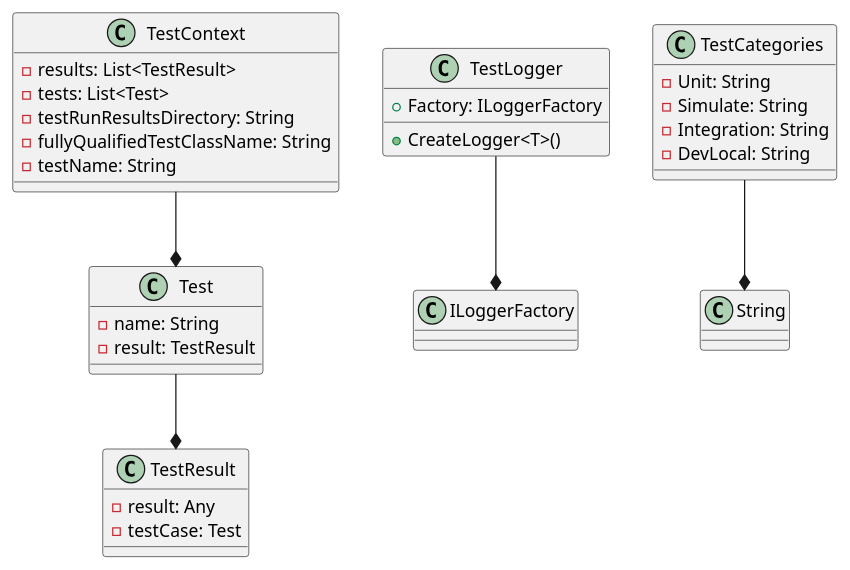
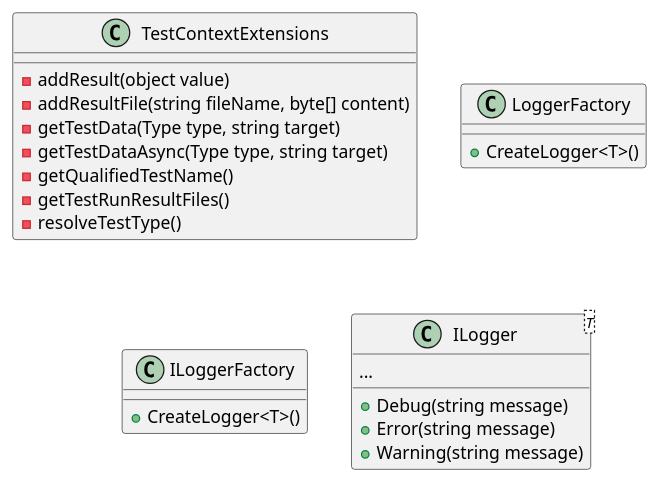
One commit to mwwhited-forks/dotnet-libs changed the first of 3 diagrams in docs/generated/Framework/Eliassen.TestUtilities/Documentation.md. Above: the diagram before and after it, drawn with PlantUML. The commit also changed other lines of this file and 444 other files, not shown here.

````diff
--- a/docs/generated/Framework/Eliassen.TestUtilities/Documentation.md
+++ b/docs/generated/Framework/Eliassen.TestUtilities/Documentation.md
@@ -50,38 +35,29 @@
 ```plantuml
 @startuml
-class TestContext {
-  - results: List<TestResult>
-  - tests: List<Test>
-  - testRunResultsDirectory: String
-  - fullyQualifiedTestClassName: String
-  - testName: String
+class TestContextExtensions {
+  - addResult(object value)
+  - addResultFile(string fileName, byte[] content)
+  - getTestData(Type type, string target)
+  - getTestDataAsync(Type type, string target)
+  - getQualifiedTestName()
+  - getTestRunResultFiles()
+  - resolveTestType()
 }
 
-class Test {
-  - name: String
-  - result: TestResult
+class LoggerFactory {
+  + CreateLogger<T>()
 }
 
-class TestResult {
-  - result: Any
-  - testCase: Test
+class ILoggerFactory {
+  + CreateLogger<T>()
 }
 
-class TestLogger {
-  + CreateLogger<T>()
-  + Factory: ILoggerFactory
+class ILogger<T> {
+  + Debug(string message)
+  + Error(string message)
+  + Warning(string message)
+  ...
 }
 
-class TestCategories {
-  - Unit: String
-  - Simulate: String
-  - Integration: String
-  - DevLocal: String
-}
-
-TestContext --* Test
-Test --* TestResult
-TestLogger --* ILoggerFactory
-TestCategories --* String
 @enduml
 ```
````
